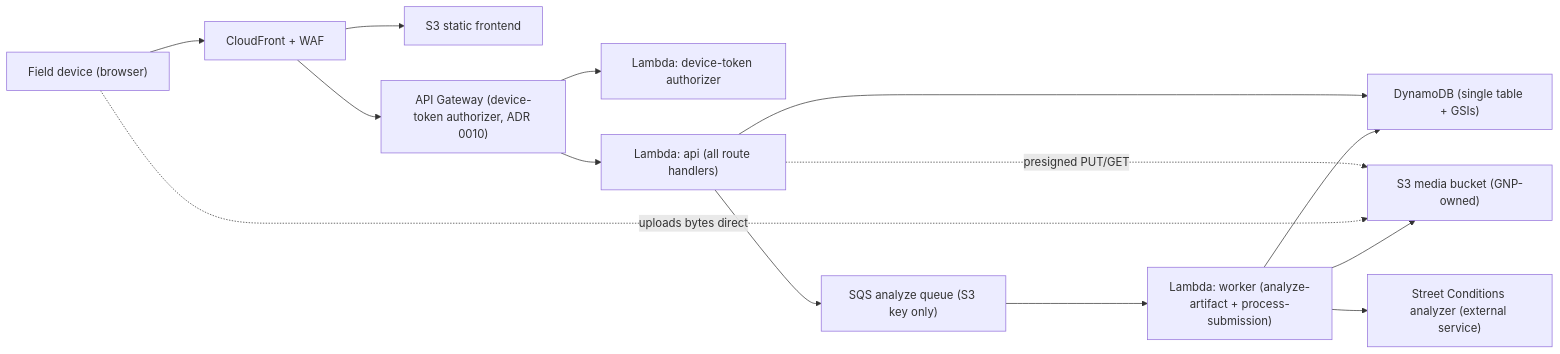
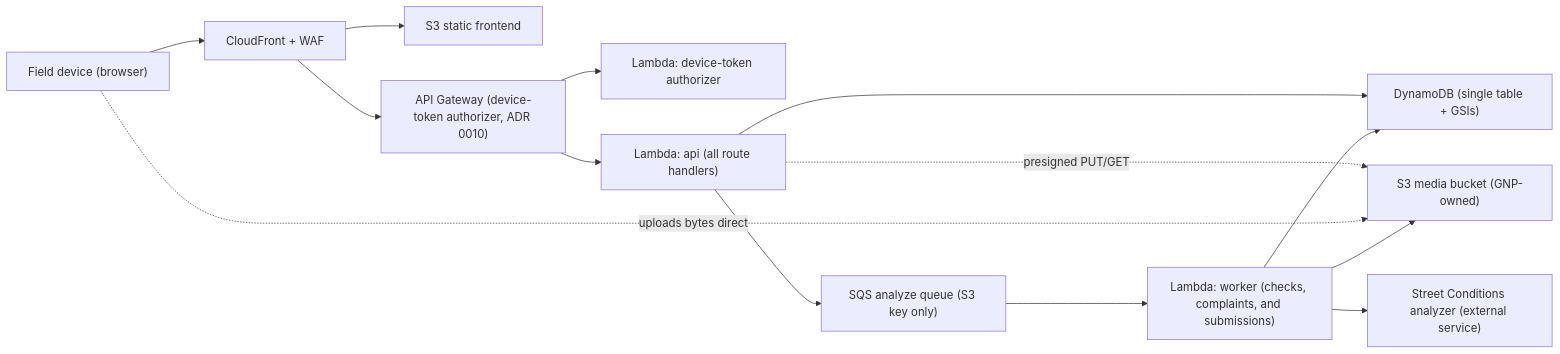
The first of 2 diagrams in docs/architecture.md (Mayor-s-Office-of-Innovation/good-neighbor-app), drawn with Mermaid before and after one commit. The commit also changed other lines of this file and 27 other files, not shown here.

````diff
--- a/docs/architecture.md
+++ b/docs/architecture.md
@@ -5,16 +5,16 @@
 ```mermaid
 flowchart LR
   user["Field device (browser)"] --> cloudfront["CloudFront + WAF"]
   cloudfront --> frontend["S3 static frontend"]
   cloudfront --> api["API Gateway (device-token authorizer, ADR 0010)"]
   api --> authorizer["Lambda: device-token authorizer"]
   api --> checks["Lambda: api (all route handlers)"]
   checks --> dynamodb["DynamoDB (single table + GSIs)"]
   checks -. presigned PUT/GET .-> media["S3 media bucket (GNP-owned)"]
   user -. uploads bytes direct .-> media
   checks --> sqs["SQS analyze queue (S3 key only)"]
-  sqs --> worker["Lambda: worker (analyze-artifact + process-submission)"]
+  sqs --> worker["Lambda: worker (checks, complaints, and submissions)"]
   worker --> media
   worker --> dynamodb
   worker --> analyzer["Street Conditions analyzer (external service)"]
 ```
````
